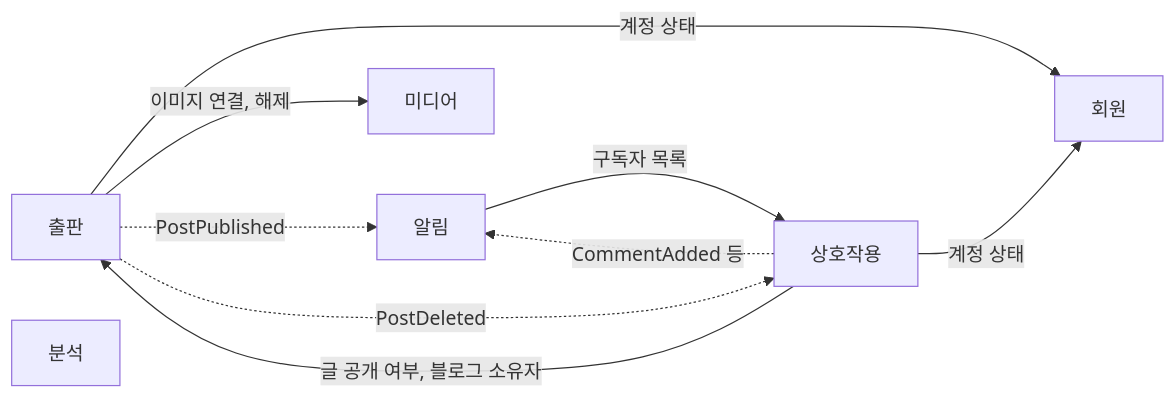
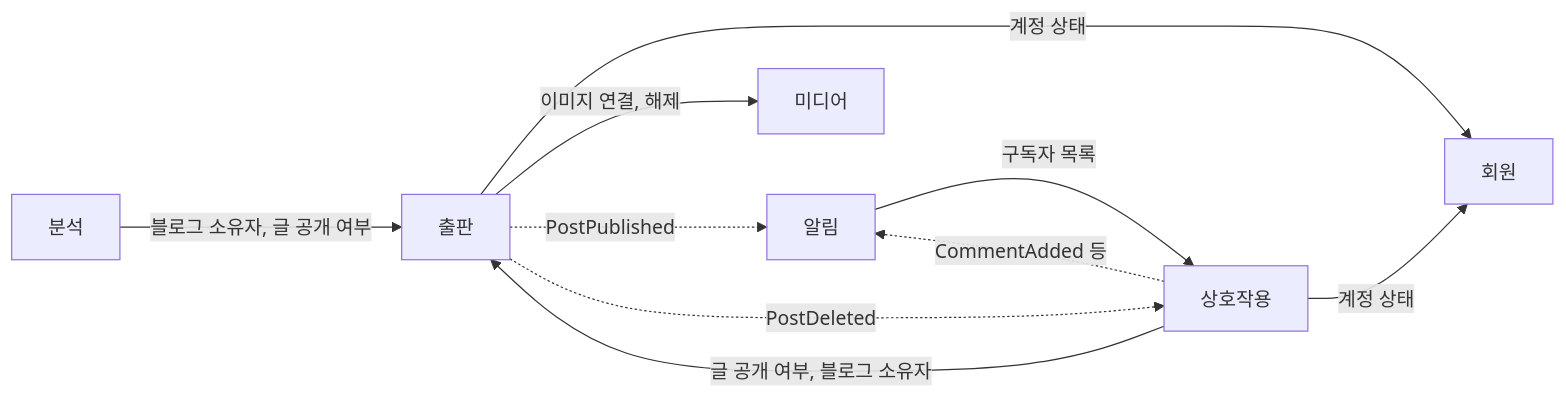
Before and after one commit to paranema/contentria: the diagram in backend/docs/strategic/04-context-map.md, drawn with Mermaid. The commit also changed other lines of this file and 5 other files, not shown here.

````diff
--- a/backend/docs/strategic/04-context-map.md
+++ b/backend/docs/strategic/04-context-map.md
@@ -26,18 +26,19 @@
 ```mermaid
 flowchart LR
     member[회원]
     publishing[출판]
     interaction[상호작용]
     media[미디어]
     analytics[분석]
     notification[알림]
 
     publishing -->|계정 상태| member
     interaction -->|계정 상태| member
     publishing -->|이미지 연결, 해제| media
     interaction -->|글 공개 여부, 블로그 소유자| publishing
     notification -->|구독자 목록| interaction
+    analytics -->|블로그 소유자, 글 공개 여부| publishing
     publishing -. PostPublished .-> notification
     publishing -. PostDeleted .-> interaction
     interaction -. CommentAdded 등 .-> notification
 ```
````
